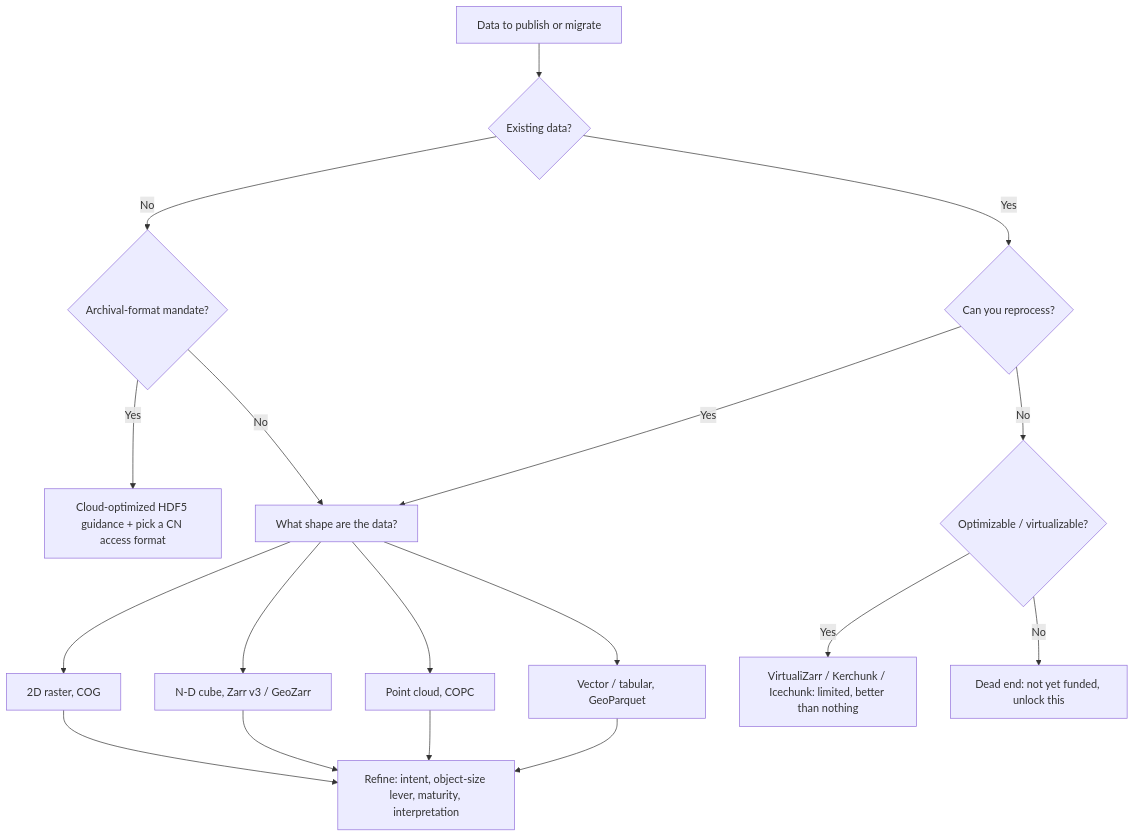
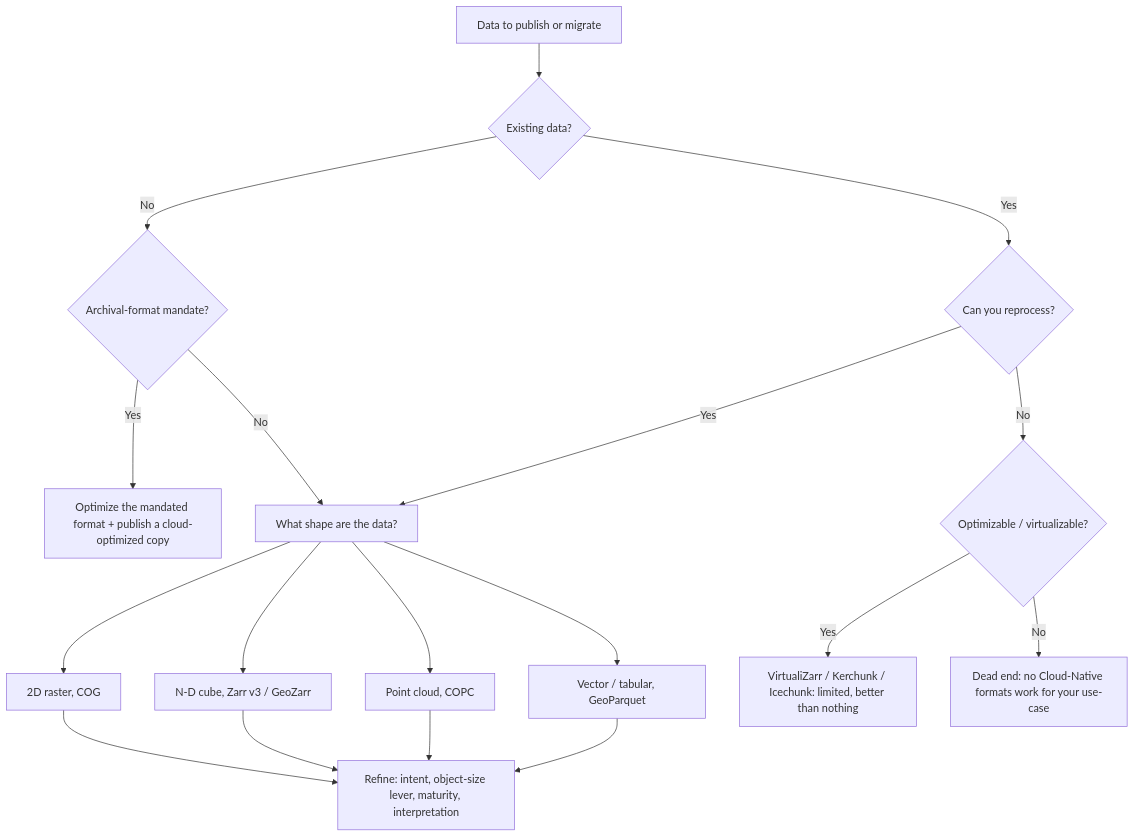
One commit to cloudnativegeo/cloud-optimized-geospatial-formats-guide changed the diagram in decision-framework/index.qmd. Above: the diagram before and after it, drawn with Mermaid. The commit also changed other lines of this file and 1 other file, not shown here.

````diff
--- a/decision-framework/index.qmd
+++ b/decision-framework/index.qmd
@@ -83,20 +83,20 @@
 ```{mermaid}
 flowchart TD
     A[Data to publish or migrate] --> B{Existing data?}
     B -- No --> C{Archival-format mandate?}
-    C -- Yes --> C1[Cloud-optimized HDF5 guidance + pick a CN access format]
+    C -- Yes --> C1[Optimize the mandated format + publish a cloud-optimized copy]
     C -- No --> T[What shape are the data?]
     B -- Yes --> D{Can you reprocess?}
     D -- Yes --> T[What shape are the data?]
     D -- No --> E{Optimizable / virtualizable?}
     E -- Yes --> E1[VirtualiZarr / Kerchunk / Icechunk: limited, better than nothing]
-    E -- No --> E2[Dead end: not yet funded, unlock this]
+    E -- No --> E2[Dead end: no Cloud-Native formats work for your use-case]
     T --> T1[2D raster, COG]
     T --> T2[N-D cube, Zarr v3 / GeoZarr]
     T --> T3[Point cloud, COPC]
     T --> T4[Vector / tabular, GeoParquet]
     T1 --> R[Refine: intent, object-size lever, maturity, interpretation]
     T2 --> R
     T3 --> R
     T4 --> R
 ```
````
